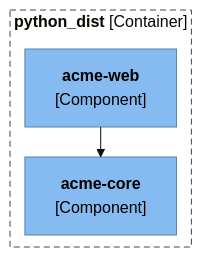
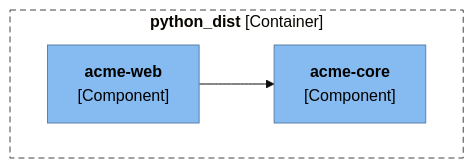
Before and after one commit to ythalorossy/architecture-skills: the second of 3 diagrams in tests/golden/python_dist/output/ArchitectureReport.md, drawn with Mermaid (base theme). The commit also changed other lines of this file and 44 other files, not shown here.

Commit message:
fix(render): drop the layout: elk header the renderer ignores

````diff
--- a/tests/golden/python_dist/output/ArchitectureReport.md
+++ b/tests/golden/python_dist/output/ArchitectureReport.md
@@ -57,22 +53,18 @@
 ```mermaid
----
-config:
-  layout: elk
----
 flowchart TB
     subgraph boundary["`**python_dist** [Container]`"]
         acme_core["`**acme-core**
 [Component]`"]
         acme_web["`**acme-web**
 [Component]`"]
     end
     acme_web --> acme_core
     classDef person fill:#08427b,stroke:#052e56,color:#ffffff
     classDef container fill:#1168bd,stroke:#0b4884,color:#ffffff
     classDef system fill:#1168bd,stroke:#0b4884,color:#ffffff
     classDef component fill:#85bbf0,stroke:#5d82a8,color:#000000
     classDef external fill:#999999,stroke:#6b6b6b,color:#ffffff
     classDef shared fill:#dbe9f6,stroke:#5d82a8,color:#000000,stroke-dasharray:4 3
     class acme_core,acme_web component
     style boundary fill:none,stroke:#444444,stroke-dasharray:6 4
 ```
````
